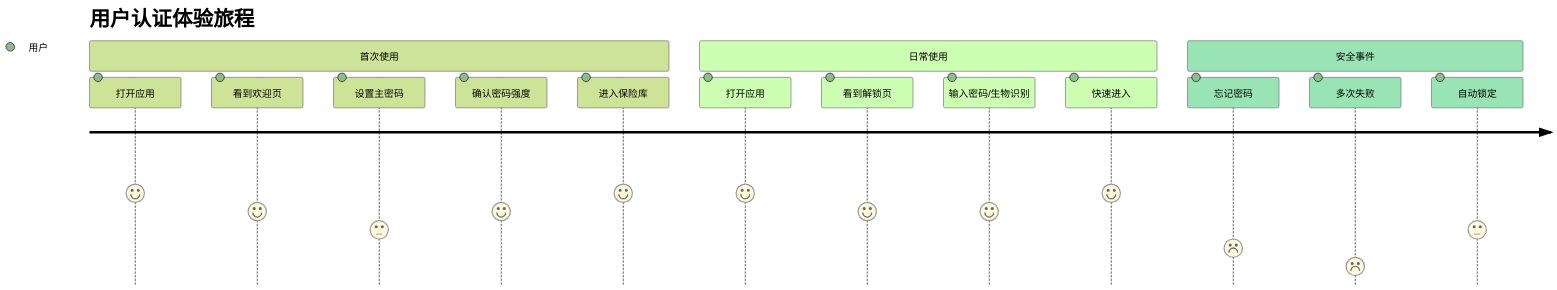
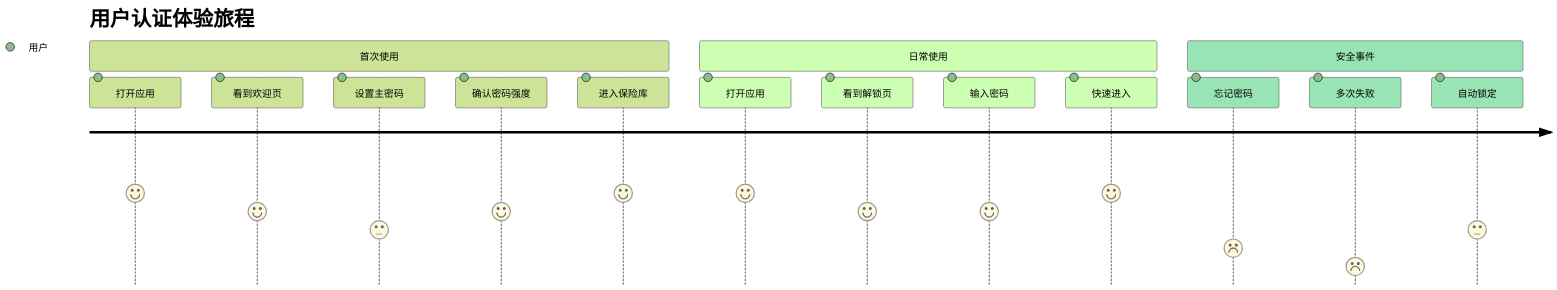
Before and after one commit to morning-start/vaultly: the fifth of 5 diagrams in wiki/架构文档/用户认证架构.md, drawn with Mermaid (forest theme). The commit also changed other lines of this file and 20 other files, not shown here.

````diff
--- a/wiki/架构文档/用户认证架构.md
+++ b/wiki/架构文档/用户认证架构.md
@@ -500,19 +476,19 @@
 ```mermaid
 journey
     title 用户认证体验旅程
     section 首次使用
       打开应用: 5: 用户
       看到欢迎页: 4: 用户
       设置主密码: 3: 用户
       确认密码强度: 4: 用户
       进入保险库: 5: 用户
     section 日常使用
       打开应用: 5: 用户
       看到解锁页: 4: 用户
-      输入密码/生物识别: 4: 用户
+      输入密码: 4: 用户
       快速进入: 5: 用户
     section 安全事件
       忘记密码: 2: 用户
       多次失败: 1: 用户
       自动锁定: 3: 用户
 ```
````
